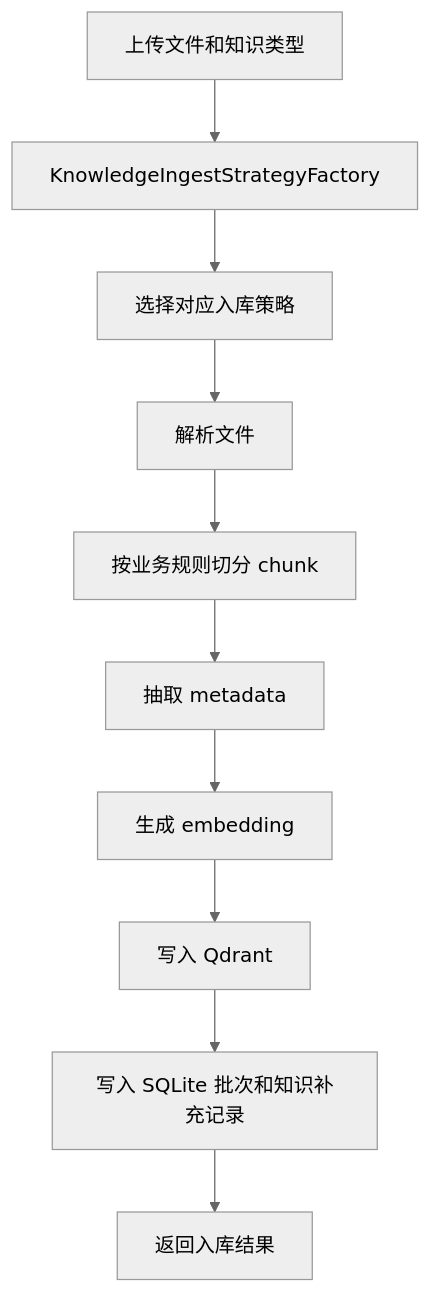
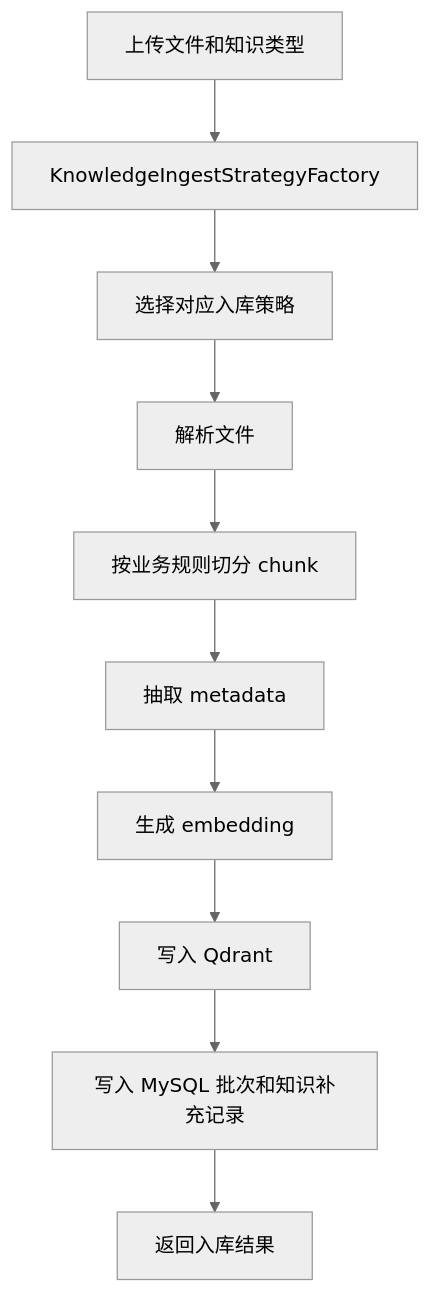
The seventh of 7 diagrams in docs/销售训练客户画像RAG设计.md (chen-liang-22/AI_RAG_Agent_Project), drawn with Mermaid (neutral theme) before and after one commit. The commit also changed other lines of this file and 40 other files, not shown here.

````diff
--- a/docs/销售训练客户画像RAG设计.md
+++ b/docs/销售训练客户画像RAG设计.md
@@ -2988,12 +2971,12 @@
 ```mermaid
 flowchart TD
     A["上传文件和知识类型"] --> B["KnowledgeIngestStrategyFactory"]
     B --> C["选择对应入库策略"]
     C --> D["解析文件"]
     D --> E["按业务规则切分 chunk"]
     E --> F["抽取 metadata"]
     F --> G["生成 embedding"]
     G --> H["写入 Qdrant"]
-    H --> I["写入 SQLite 批次和知识补充记录"]
+    H --> I["写入 MySQL 批次和知识补充记录"]
     I --> J["返回入库结果"]
 ```
````
